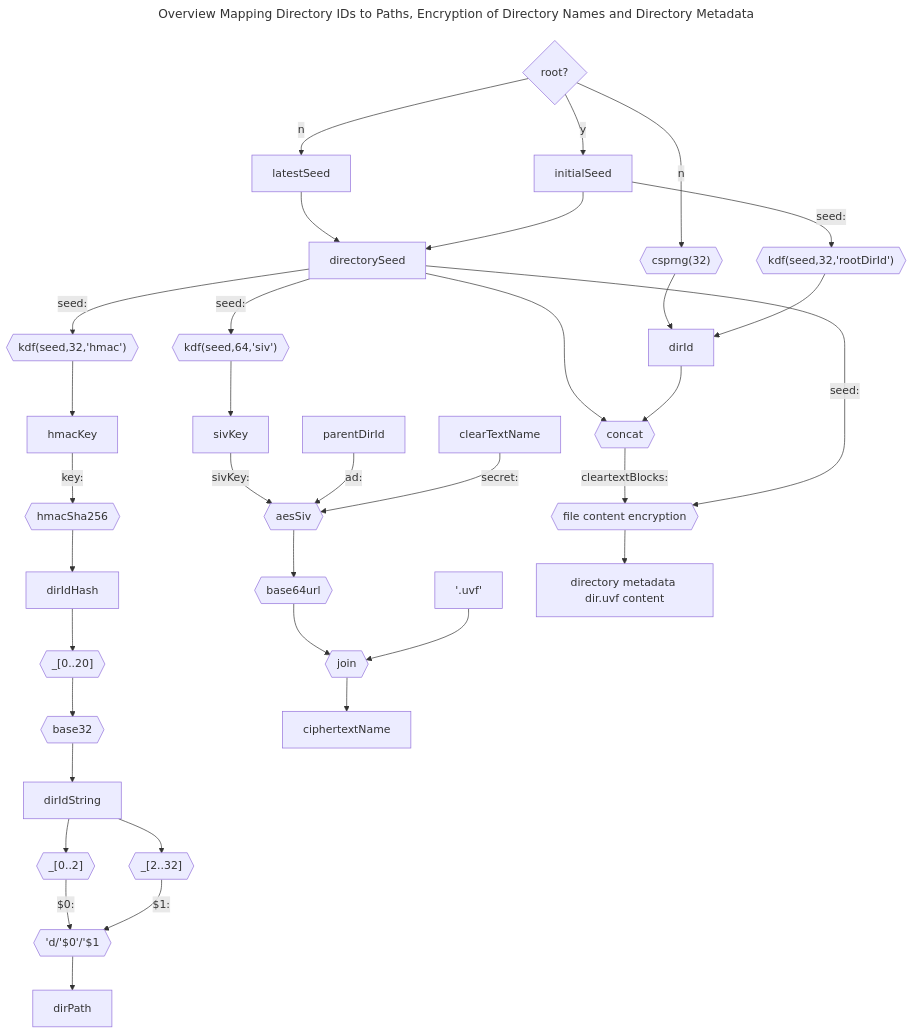
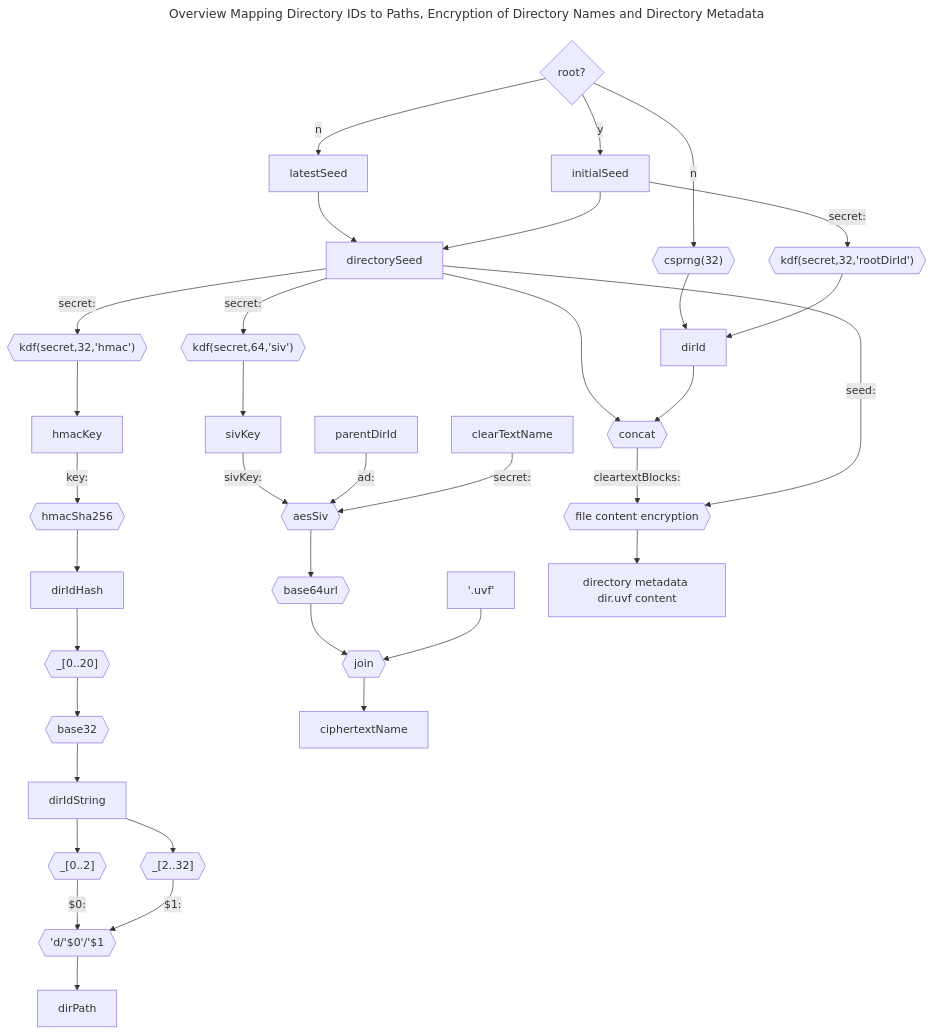
One commit to encryption-alliance/unified-vault-format changed the diagram in file name encryption/AES-SIV-512-B64URL.md. Above: the diagram before and after it, drawn with Mermaid. The commit also changed other lines of this file and 1 other file, not shown here.

Commit message:
Revert naming first argument of kdf seed instead of secret.

````diff
--- a/file name encryption/AES-SIV-512-B64URL.md
+++ b/file name encryption/AES-SIV-512-B64URL.md
@@ -82,58 +82,58 @@
 ```mermaid
 ---
 title: Overview Mapping Directory IDs to Paths, Encryption of Directory Names and Directory Metadata
 ---
 flowchart TD
    decision{root?}
    decision -->|n| latestSeed
    decision -->|n| csprng32
    decision -->|y| initialSeed
    latestSeed --> directorySeed
    csprng32 --> dirId
    csprng32{{"csprng(32)"}}
    initialSeed --> directorySeed
-   initialSeed -->|seed:| kdfRootDirId
-   kdfRootDirId{{"kdf(seed,32,'rootDirId')"}}
+   initialSeed -->|secret:| kdfRootDirId
+   kdfRootDirId{{"kdf(secret,32,'rootDirId')"}}
    kdfRootDirId --> dirId
-   directorySeed -->|seed:| kdfSiv
-   kdfSiv{{"kdf(seed,64,'siv')"}}
+   directorySeed -->|secret:| kdfSiv
+   kdfSiv{{"kdf(secret,64,'siv')"}}
    kdfSiv --> sivKey
-   directorySeed -->|seed:| kdfHmac
-   kdfHmac{{"kdf(seed,32,'hmac')"}}
+   directorySeed -->|secret:| kdfHmac
+   kdfHmac{{"kdf(secret,32,'hmac')"}}
    kdfHmac --> hmacKey
    hmacKey -->|key:| hmacSha256
    hmacSha256{{hmacSha256}}
    hmacSha256 --> dirIdHash
    dirIdHash --> truncate
    truncate{{"_[0..20]"}}
    truncate --> base32
    base32{{base32}}
    base32 --> dirIdString
    dirIdString --> head
    head{{"_[0..2]"}}
    dirIdString --> tail
    tail{{"_[2..32]"}}
    head -->|$0:| pattern
    tail -->|$1:| pattern
    pattern{{"'d/'$0'/'$1"}}
    pattern --> dirPath
    sivKey -->|sivKey:| aesSiv
    aesSiv{{aesSiv}}
    parentDirId -->|ad:| aesSiv
    clearTextName -->|secret:| aesSiv
    aesSiv --> base64Url
    base64Url{{base64url}}
    base64Url --> join
    uvf --> join
    uvf["'.uvf'"]
    join{{"join"}}
    join --> ciphertextName
    directorySeed --> concat
    dirId --> concat
    concat{{concat}}
    concat -->|cleartextBlocks:| fileContentEncryption
    fileContentEncryption{{file content encryption}}
    directorySeed -->|seed:| fileContentEncryption
    fileContentEncryption --> dirUvf
    dirUvf["directory metadata dir.uvf content"]
 ```
````
